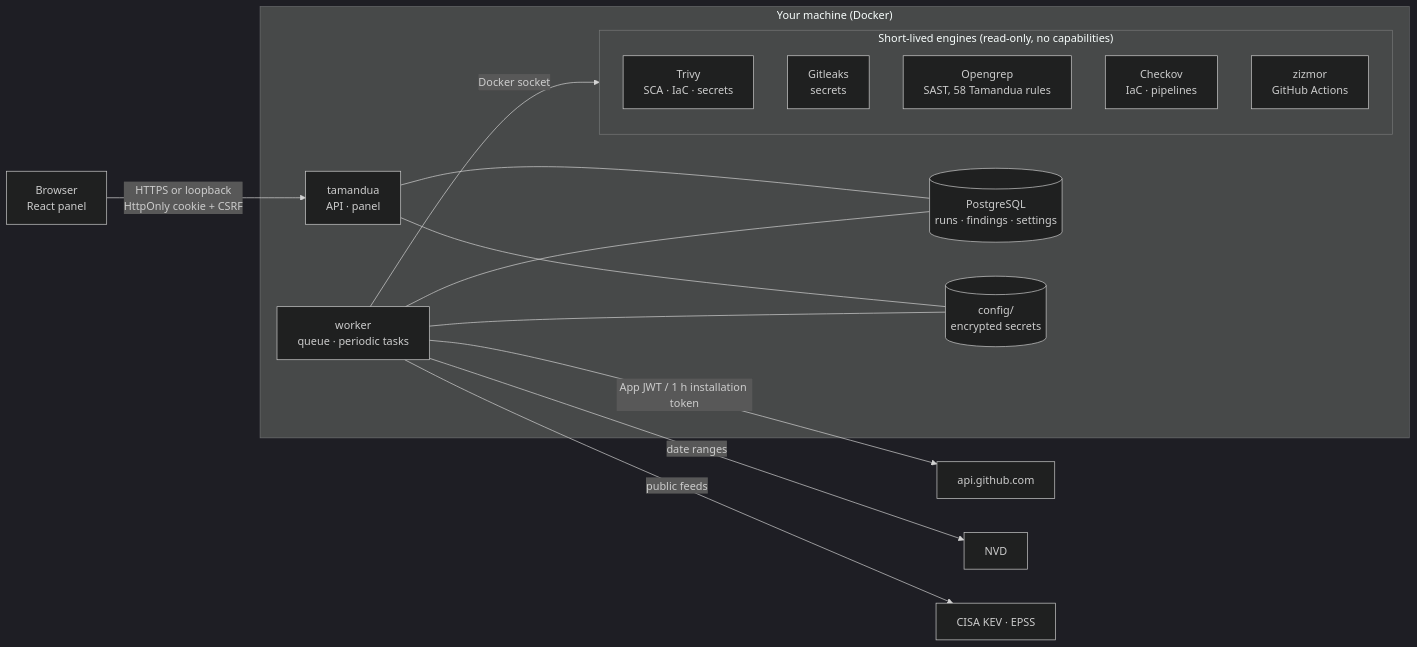
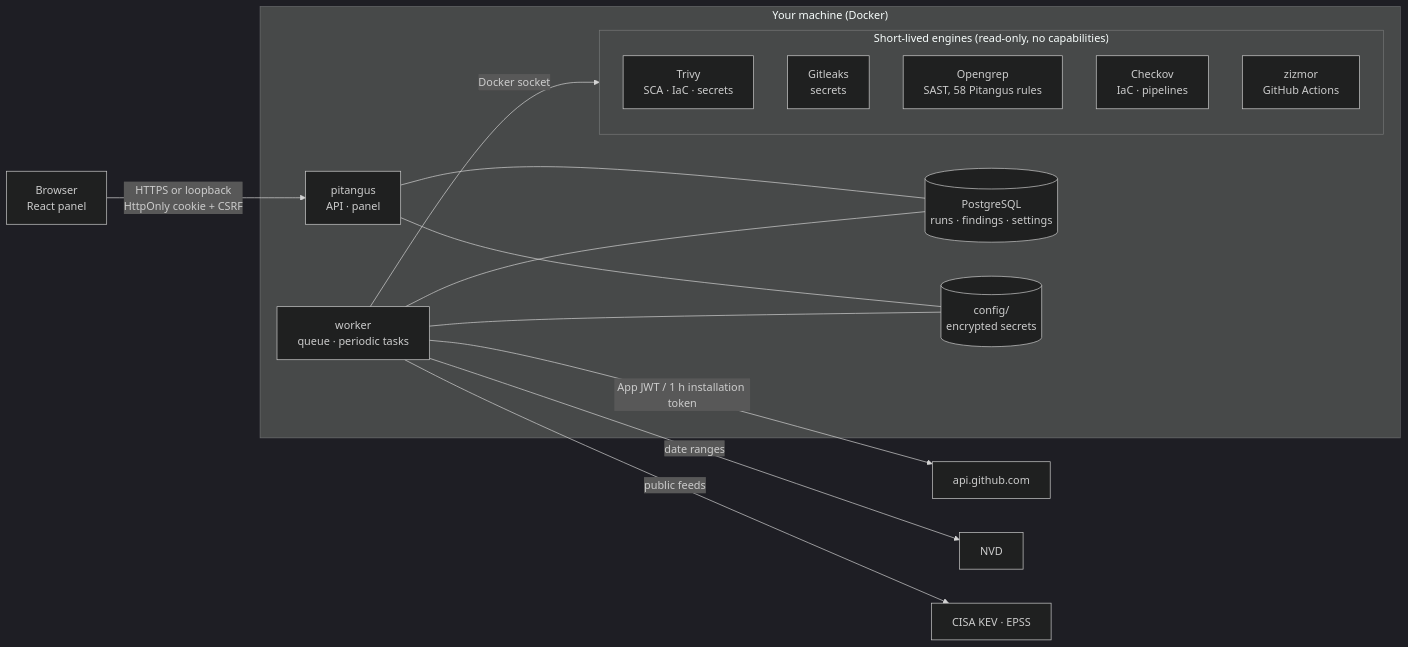
Before and after one commit to Pitangus-Dev/pitangus: the diagram in docs/architecture.md, drawn with Mermaid (dark theme). The commit also changed other lines of this file and 569 other files, not shown here.

First line of the commit message:
Tamandua pasa a llamarse Pitangus (v0.12) (#18)

````diff
--- a/docs/architecture.md
+++ b/docs/architecture.md
@@ -10,27 +10,27 @@
 ```mermaid
 flowchart LR
   browser["Browser<br/>React panel"] -- "HTTPS or loopback<br/>HttpOnly cookie + CSRF" --> api
 
   subgraph host["Your machine (Docker)"]
-    api["tamandua<br/>API · panel"]
+    api["pitangus<br/>API · panel"]
     worker["worker<br/>queue · periodic tasks"]
     db[("PostgreSQL<br/>runs · findings · settings")]
     api --- db
     worker --- db
     worker -- "Docker socket" --> engines
     subgraph engines["Short-lived engines (read-only, no capabilities)"]
       trivy["Trivy<br/>SCA · IaC · secrets"]
       gitleaks["Gitleaks<br/>secrets"]
-      opengrep["Opengrep<br/>SAST, 58 Tamandua rules"]
+      opengrep["Opengrep<br/>SAST, 58 Pitangus rules"]
       checkov["Checkov<br/>IaC · pipelines"]
       zizmor["zizmor<br/>GitHub Actions"]
     end
     config[("config/<br/>encrypted secrets")]
     api --- config
     worker --- config
   end
 
   worker -- "App JWT / 1 h installation token" --> github["api.github.com"]
   worker -- "date ranges" --> nvd["NVD"]
   worker -- "public feeds" --> feeds["CISA KEV · EPSS"]
 ```
````
